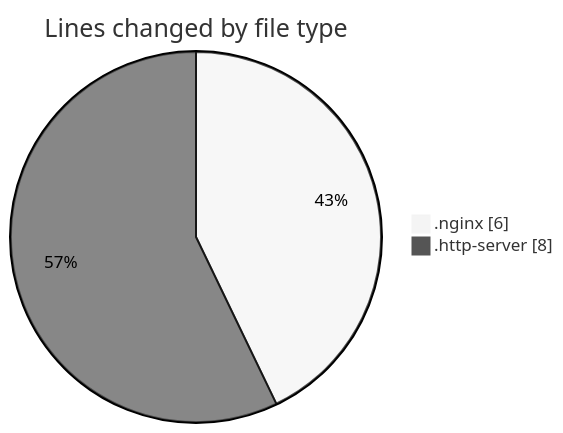
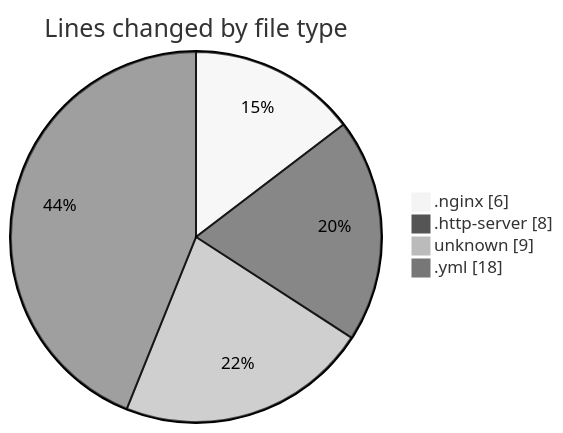
Before and after one commit to Ritupan-Deka/code-tracking: the first of 2 diagrams in 2025-07-05/projects/README.md, drawn with Mermaid (neutral theme). The commit also changed other lines of this file and 1 other file, not shown here.

````diff
--- a/2025-07-05/projects/README.md
+++ b/2025-07-05/projects/README.md
@@ -21,6 +23,8 @@
 ```mermaid
 pie showData
 title Lines changed by file type
 ".nginx" : 6
 ".http-server" : 8
+"unknown" : 9
+".yml" : 18
 ```
````
